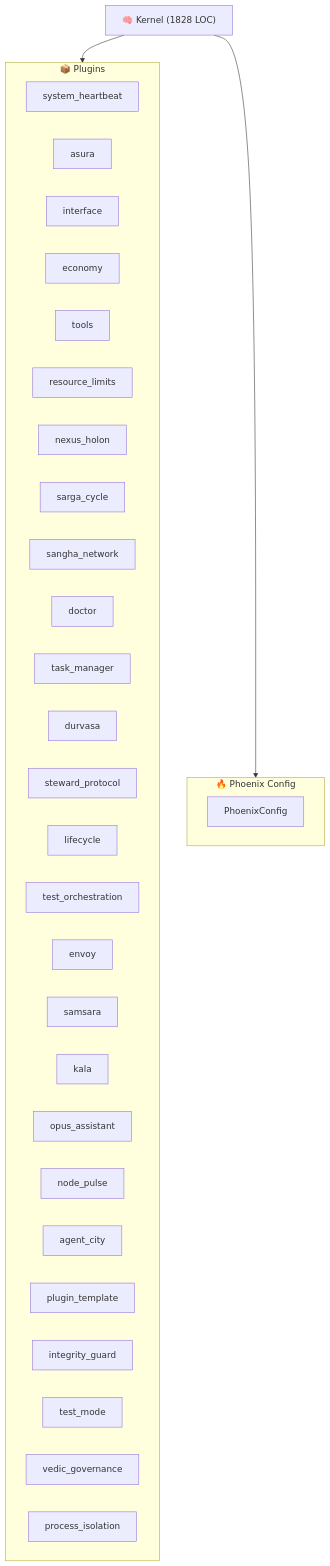
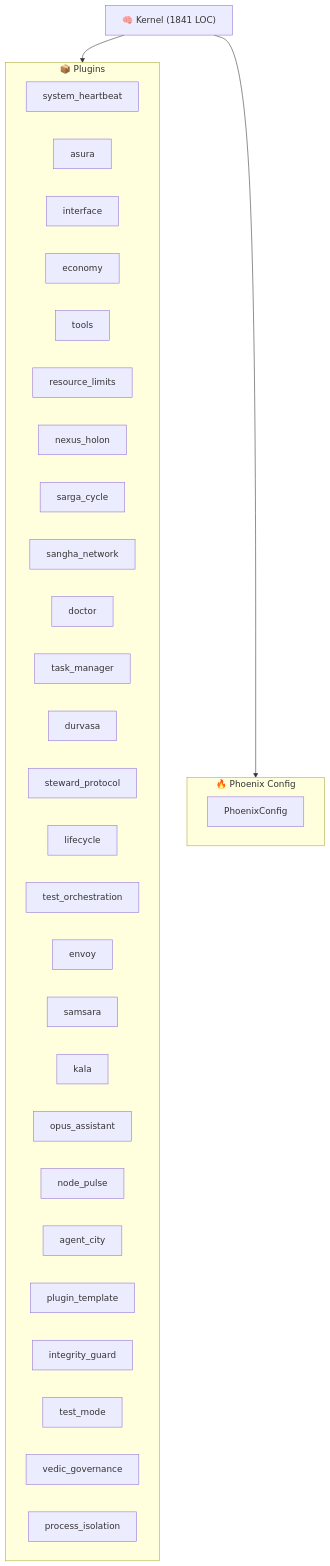
Before and after one commit to kimeisele/steward-protocol: the diagram in ARCHITECTURE.md, drawn with Mermaid. The commit also changed other lines of this file and 15 other files, not shown here.

````diff
--- a/ARCHITECTURE.md
+++ b/ARCHITECTURE.md
@@ -8,37 +8,37 @@
 ```mermaid
 graph TB
-    K["🧠 Kernel (1828 LOC)"]
+    K["🧠 Kernel (1841 LOC)"]
     subgraph Plugins["📦 Plugins"]
         P_system_heartbeat["system_heartbeat"]
         P_asura["asura"]
         P_interface["interface"]
         P_economy["economy"]
         P_tools["tools"]
         P_resource_limits["resource_limits"]
         P_nexus_holon["nexus_holon"]
         P_sarga_cycle["sarga_cycle"]
         P_sangha_network["sangha_network"]
         P_doctor["doctor"]
         P_task_manager["task_manager"]
         P_durvasa["durvasa"]
         P_steward_protocol["steward_protocol"]
         P_lifecycle["lifecycle"]
         P_test_orchestration["test_orchestration"]
         P_envoy["envoy"]
         P_samsara["samsara"]
         P_kala["kala"]
         P_opus_assistant["opus_assistant"]
         P_node_pulse["node_pulse"]
         P_agent_city["agent_city"]
         P_plugin_template["plugin_template"]
         P_integrity_guard["integrity_guard"]
         P_test_mode["test_mode"]
         P_vedic_governance["vedic_governance"]
         P_process_isolation["process_isolation"]
     end
     K --> Plugins
     subgraph Config["🔥 Phoenix Config"]
         PC[PhoenixConfig]
     end
     K --> Config
 ```
````
